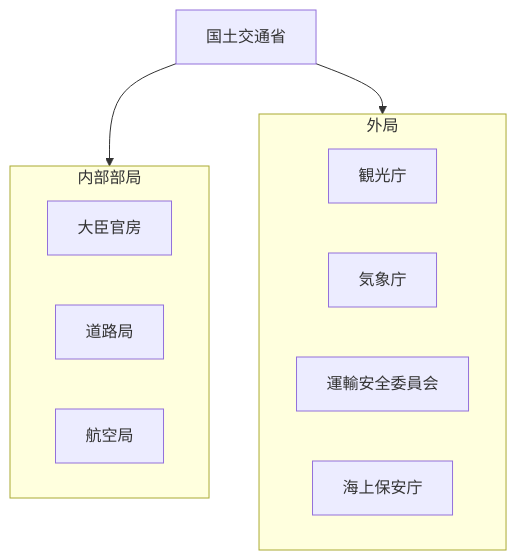
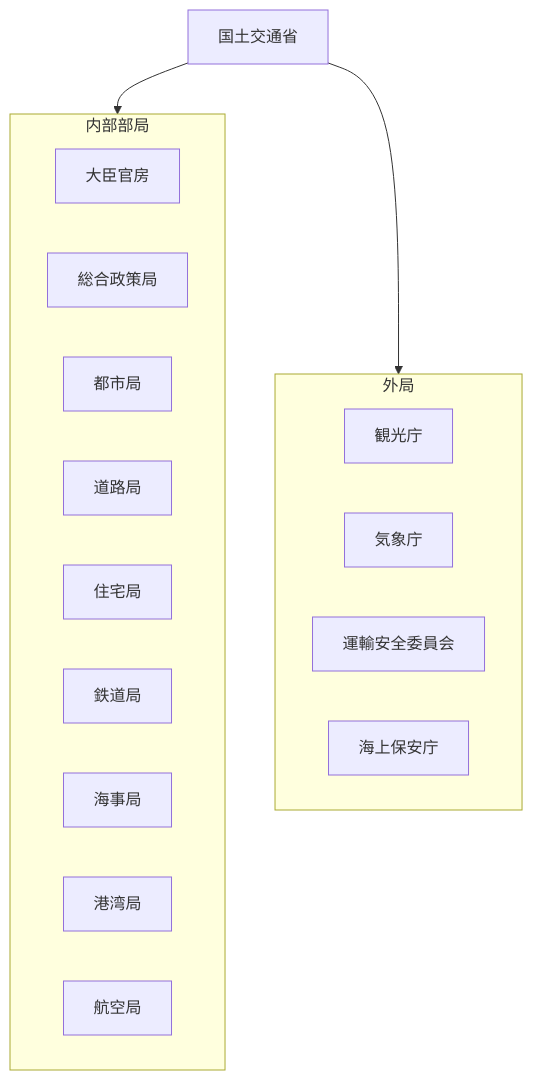
Before and after one commit to tatemaru/jp-admin-org-chart: the diagram in 行政機構/国土交通省/README.md, drawn with Mermaid. The commit also changed 12 other files, not shown here.

First line of the commit message:
chore(snapshot): 行政機構図 2025.8 に追従

````diff
--- a/行政機構/国土交通省/README.md
+++ b/行政機構/国土交通省/README.md
@@ -5,17 +5,23 @@
 ```mermaid
 flowchart TB
   root["国土交通省"]
   subgraph g0["内部部局"]
     n0_0["大臣官房"]
-    n0_1["道路局"]
-    n0_2["航空局"]
+    n0_1["総合政策局"]
+    n0_2["都市局"]
+    n0_3["道路局"]
+    n0_4["住宅局"]
+    n0_5["鉄道局"]
+    n0_6["海事局"]
+    n0_7["港湾局"]
+    n0_8["航空局"]
   end
   root --> g0
   subgraph g1["外局"]
     n1_0["観光庁"]
     n1_1["気象庁"]
     n1_2["運輸安全委員会"]
     n1_3["海上保安庁"]
   end
   root --> g1
 ```
````
